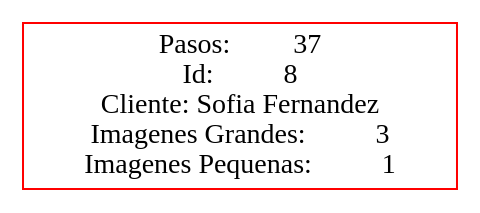
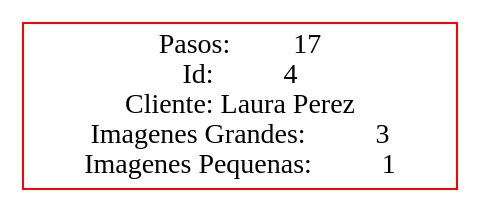
One commit to FranklinONP/EDD_PROYECTO_202200089 changed the diagram in Proyecto1/Proyecto1_202200089/Pruebas/PJ/masPasos.dot. Above: the diagram before and after it, drawn with Graphviz. The commit also changed 26 other files, not shown here.

```diff
--- a/Proyecto1/Proyecto1_202200089/Pruebas/PJ/masPasos.dot
+++ b/Proyecto1/Proyecto1_202200089/Pruebas/PJ/masPasos.dot
@@ -1,4 +1,4 @@
  digraph G {
  rankdir=LR;
- node1 [label="Pasos:         37\nId:          8\nCliente: Sofia Fernandez\nImagenes Grandes:          3\nImagenes Pequenas:          1", color="red", shape="rectangle"];
+ node1 [label="Pasos:         17\nId:          4\nCliente: Laura Perez\nImagenes Grandes:          3\nImagenes Pequenas:          1", color="red", shape="rectangle"];
  }
```
